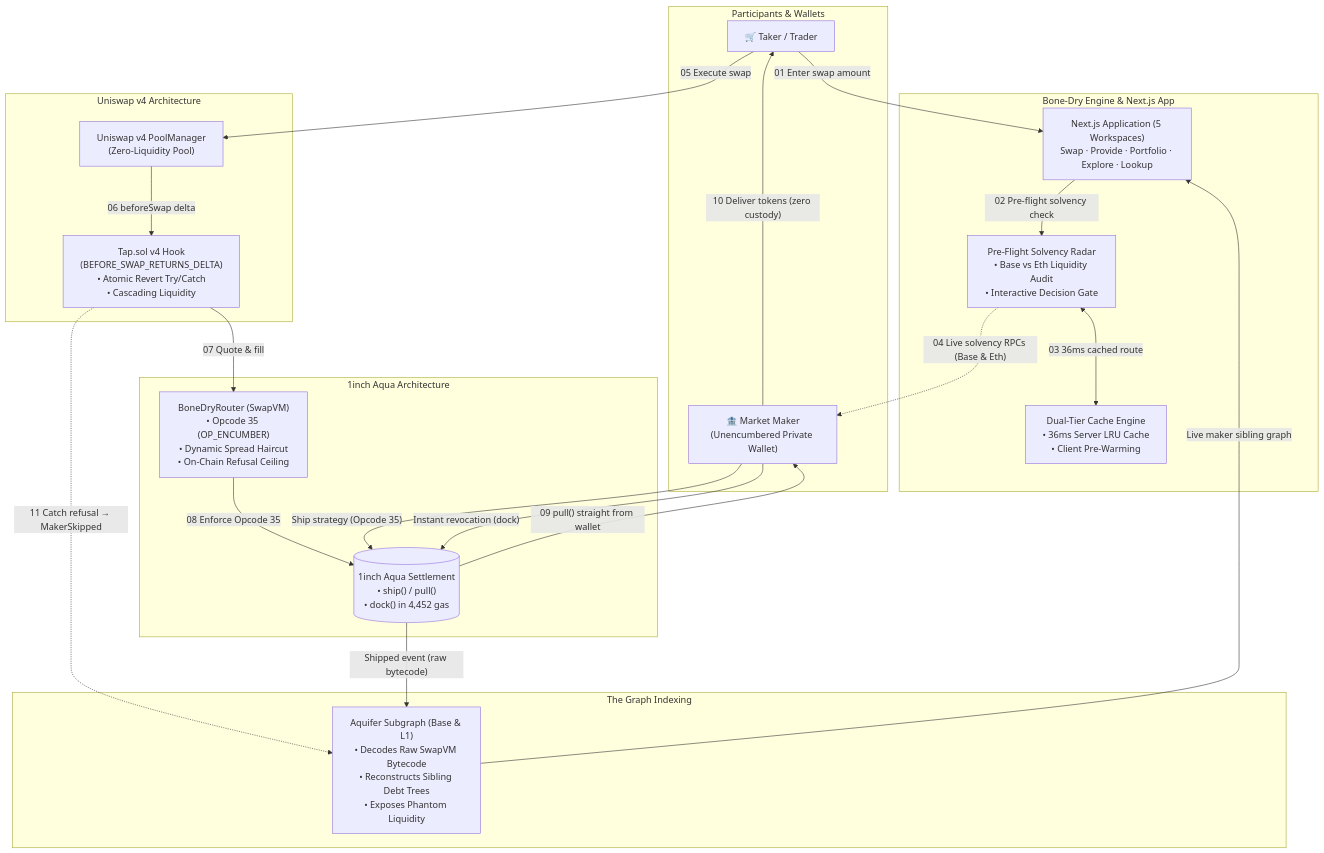
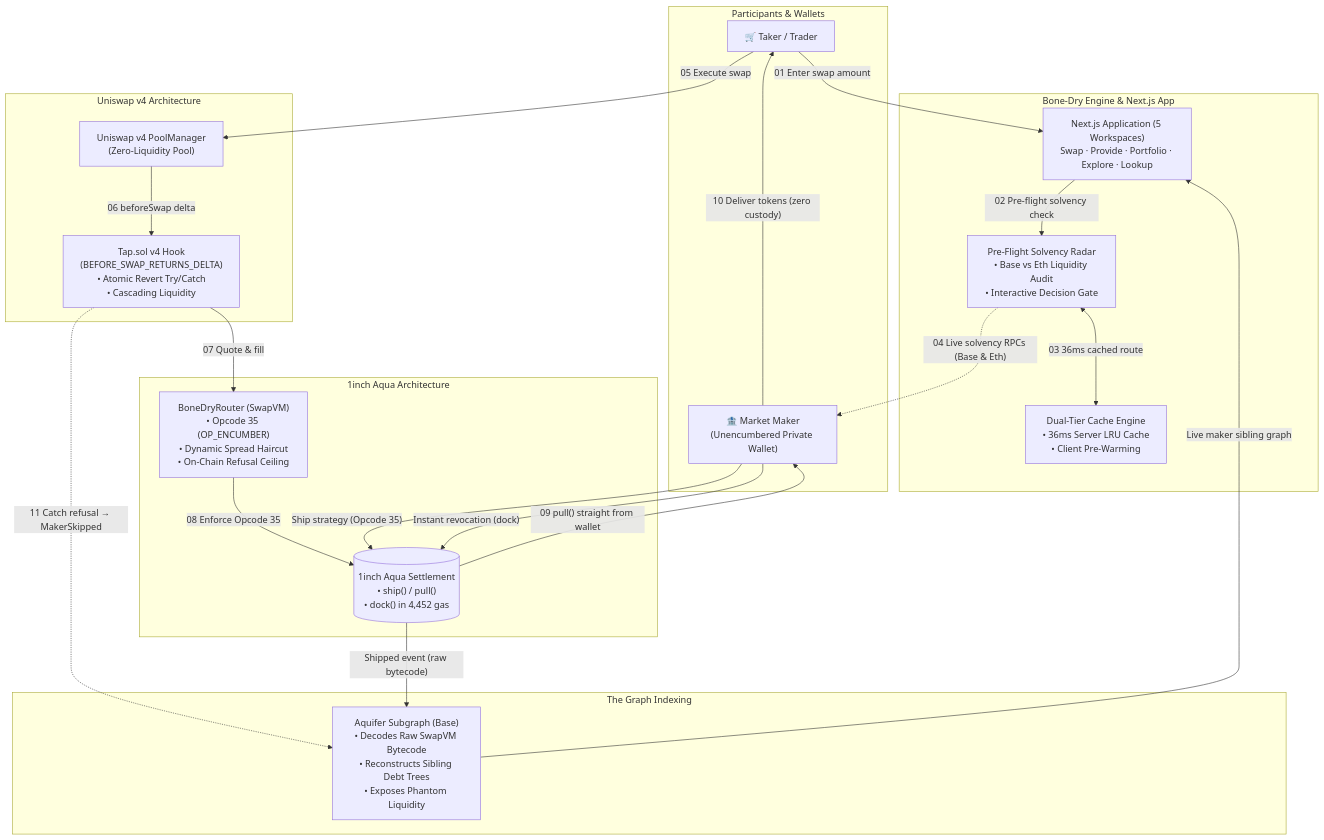
Before and after one commit to dhruv457457/Bone-Dry: the second of 2 diagrams in README.md, drawn with Mermaid. The commit also changed other lines of this file and 13 other files, not shown here.

````diff
--- a/README.md
+++ b/README.md
@@ -296,46 +296,46 @@
 ```mermaid
 flowchart TB
   subgraph users["Participants & Wallets"]
     T["🛒 Taker / Trader"]
     M["🏦 Market Maker<br/>(Unencumbered Private Wallet)"]
   end
 
   subgraph u4["Uniswap v4 Architecture"]
     PM["Uniswap v4 PoolManager<br/>(Zero-Liquidity Pool)"]
     TAP["Tap.sol v4 Hook<br/>(BEFORE_SWAP_RETURNS_DELTA)<br/>• Atomic Revert Try/Catch<br/>• Cascading Liquidity"]
   end
 
   subgraph oneinch["1inch Aqua Architecture"]
     BDR["BoneDryRouter (SwapVM)<br/>• Opcode 35 (OP_ENCUMBER)<br/>• Dynamic Spread Haircut<br/>• On-Chain Refusal Ceiling"]
     AQ[("1inch Aqua Settlement<br/>• ship() / pull()<br/>• dock() in 4,452 gas")]
   end
 
   subgraph thegraph["The Graph Indexing"]
-    SG["Aquifer Subgraph (Base & L1)<br/>• Decodes Raw SwapVM Bytecode<br/>• Reconstructs Sibling Debt Trees<br/>• Exposes Phantom Liquidity"]
+    SG["Aquifer Subgraph (Base)<br/>• Decodes Raw SwapVM Bytecode<br/>• Reconstructs Sibling Debt Trees<br/>• Exposes Phantom Liquidity"]
   end
 
   subgraph engine["Bone-Dry Engine & Next.js App"]
     MEM["Dual-Tier Cache Engine<br/>• 36ms Server LRU Cache<br/>• Client Pre-Warming"]
     PRE["Pre-Flight Solvency Radar<br/>• Base vs Eth Liquidity Audit<br/>• Interactive Decision Gate"]
     UI["Next.js Application (5 Workspaces)<br/>Swap · Provide · Portfolio · Explore · Lookup"]
   end
 
   %% Taker Flow (Swap)
   T -->|"01 Enter swap amount"| UI
   UI -->|"02 Pre-flight solvency check"| PRE
   PRE <-->|"03 36ms cached route"| MEM
   PRE -.->|"04 Live solvency RPCs (Base & Eth)"| M
   T -->|"05 Execute swap"| PM
   PM -->|"06 beforeSwap delta"| TAP
   TAP -->|"07 Quote & fill"| BDR
   BDR -->|"08 Enforce Opcode 35"| AQ
   AQ -->|"09 pull() straight from wallet"| M
   M -->|"10 Deliver tokens (zero custody)"| T
   TAP -.->|"11 Catch refusal → MakerSkipped"| SG
 
   %% Maker Flow (Provide & Manage)
   M -->|"Ship strategy (Opcode 35)"| AQ
   M -->|"Instant revocation (dock)"| AQ
   AQ -->|"Shipped event (raw bytecode)"| SG
   SG -->|"Live maker sibling graph"| UI
 ```
````
